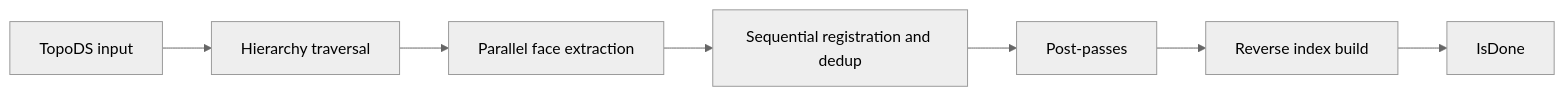
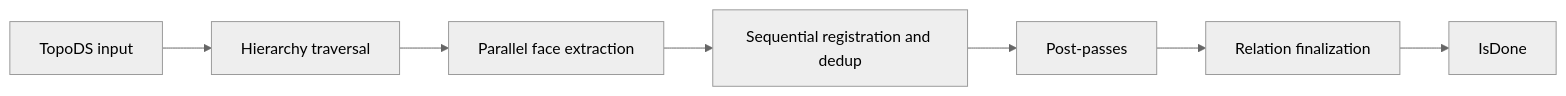
One commit to dpasukhi/OCCT changed the second of 4 diagrams in src/ModelingData/TKBRep/BRepGraph/README.md. Above: the diagram before and after it, drawn with Mermaid (neutral theme). The commit also changed other lines of this file and 187 other files, not shown here.

````diff
--- a/src/ModelingData/TKBRep/BRepGraph/README.md
+++ b/src/ModelingData/TKBRep/BRepGraph/README.md
@@ -167,9 +173,9 @@
 ```mermaid
 flowchart LR
   I[TopoDS input] --> P1[Hierarchy traversal]
   P1 --> P2[Parallel face extraction]
   P2 --> P3[Sequential registration and dedup]
   P3 --> P4[Post-passes]
-  P4 --> P5[Reverse index build]
+  P4 --> P5[Relation finalization]
   P5 --> D[IsDone]
 ```
````
